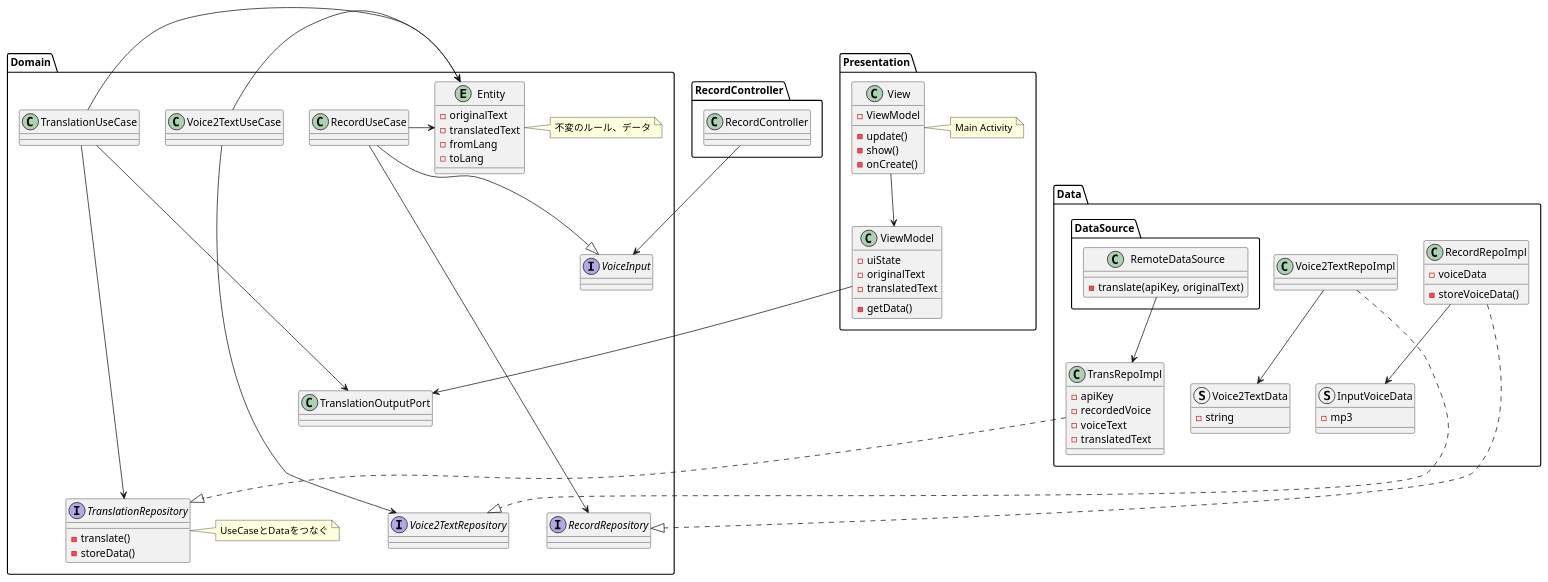
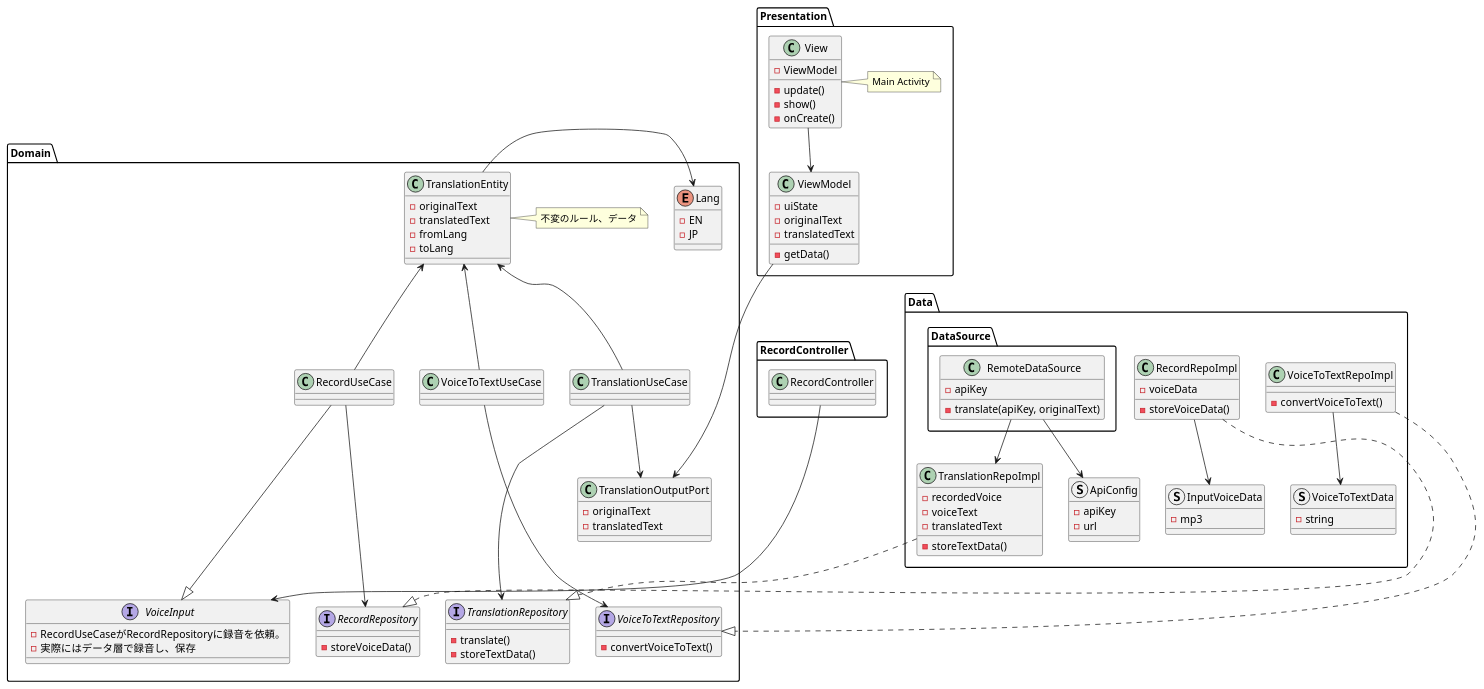
Before and after one commit to eight50/SeamlessTranslation: the diagram in app/docs/class_overview.puml, drawn with PlantUML. The commit also changed 19 other files, not shown here.

```diff
--- a/app/docs/class_overview.puml
+++ b/app/docs/class_overview.puml
@@ -1,141 +1,162 @@
 @startuml
 
 package Domain {
-    entity Entity {
-        - originalText
-        - translatedText
-        - fromLang
-        - toLang
+
+    together {
+        class TranslationEntity {
+            - originalText
+            - translatedText
+            - fromLang
+            - toLang
+        }
+
+        enum Lang {
+            - EN
+            - JP
+        }
     }
 
-    interface TranslationRepository {
-        - translate()
-        - storeData()
+    together {
+        class TranslationUseCase {
+
+        }
+
+        class RecordUseCase {
+
+        }
+
+        class VoiceToTextUseCase {
+
+        }
+    }
+
+    together {
+        interface TranslationRepository {
+            - translate()
+            - storeTextData()
+        }
+
+        interface RecordRepository {
+            - storeVoiceData()
+        }
+
+        interface VoiceToTextRepository {
+            - convertVoiceToText()
+
+        }
+
+        interface VoiceInput {
+            - RecordUseCaseがRecordRepositoryに録音を依頼。
+            - 実際にはデータ層で録音し、保存
+        }
+
     }
 
     class TranslationOutputPort {
-
+        - originalText
+        - translatedText
     }
-
-    class TranslationUseCase {
-
-
-    }
-
-    interface RecordRepository {
-    }
-
-    class RecordUseCase {
-
-    }
-
-    interface VoiceInput {
-
-    }
-
-    interface Voice2TextRepository {
-
-    }
-
-    class Voice2TextUseCase {
-
-    }
-
-    TranslationUseCase -> Entity
-    TranslationUseCase ----> TranslationRepository
-    TranslationUseCase ---> TranslationOutputPort
-    RecordUseCase -> Entity
-    RecordUseCase ----> RecordRepository
-    RecordUseCase --|> VoiceInput
-    Voice2TextUseCase -> Entity
-    Voice2TextUseCase ----> Voice2TextRepository
 
 
 
+    TranslationEntity --right> Lang
+    TranslationUseCase --up> TranslationEntity
+    TranslationUseCase --> TranslationRepository
+    TranslationUseCase --> TranslationOutputPort
+    RecordUseCase --up> TranslationEntity
+    RecordUseCase --> RecordRepository
+    RecordUseCase ---|> VoiceInput
+    VoiceToTextUseCase --up> TranslationEntity
+    VoiceToTextUseCase --> VoiceToTextRepository
 
-    note right of Entity : 不変のルール、データ
-    note right of TranslationRepository : UseCaseとDataをつなぐ
+    note right of TranslationEntity : 不変のルール、データ
 }
 
 
 package RecordController {
 
-    RecordController --> VoiceInput
+    RecordController ---> VoiceInput
 }
 
 
 package Presentation {
     class View {
         - ViewModel
         - update()
         - show()
         - onCreate()
     }
 
     class ViewModel {
         - uiState
         - originalText
         - translatedText
         - getData()
     }
 
     View --> ViewModel
-    ViewModel --> TranslationOutputPort
+    ViewModel ---> TranslationOutputPort
     note right of View : Main Activity
 }
 
 
 package Data {
-    class TransRepoImpl {
-        - apiKey
+    class TranslationRepoImpl {
         - recordedVoice
         - voiceText
         - translatedText
+        - storeTextData()
     }
 
     class RecordRepoImpl {
         - voiceData
         - storeVoiceData()
     }
 
-    class Voice2TextRepoImpl {
+    class VoiceToTextRepoImpl {
+        - convertVoiceToText()
+    }
 
+    struct ApiConfig {
+        - apiKey
+        - url
     }
 
     struct InputVoiceData {
         - mp3
     }
 
-    struct Voice2TextData {
+    struct VoiceToTextData {
         - string
     }
 
 
     package DataSource {
 
-
         class RemoteDataSource {
+            -apiKey
             - translate(apiKey, originalText)
         }
     }
 
-    TransRepoImpl ..|> TranslationRepository
+    TranslationRepoImpl ..|> TranslationRepository
     RecordRepoImpl ..|> RecordRepository
     RecordRepoImpl --> InputVoiceData
-    RemoteDataSource --> TransRepoImpl
-    Voice2TextRepoImpl ..|> Voice2TextRepository
-    Voice2TextRepoImpl --> Voice2TextData
+    RemoteDataSource --> TranslationRepoImpl
+    RemoteDataSource --> ApiConfig
+    VoiceToTextRepoImpl ..|> VoiceToTextRepository
+    VoiceToTextRepoImpl --> VoiceToTextData
 
 }
 
 
 
 
 
 
 
 
 
 
 
 @enduml
```
